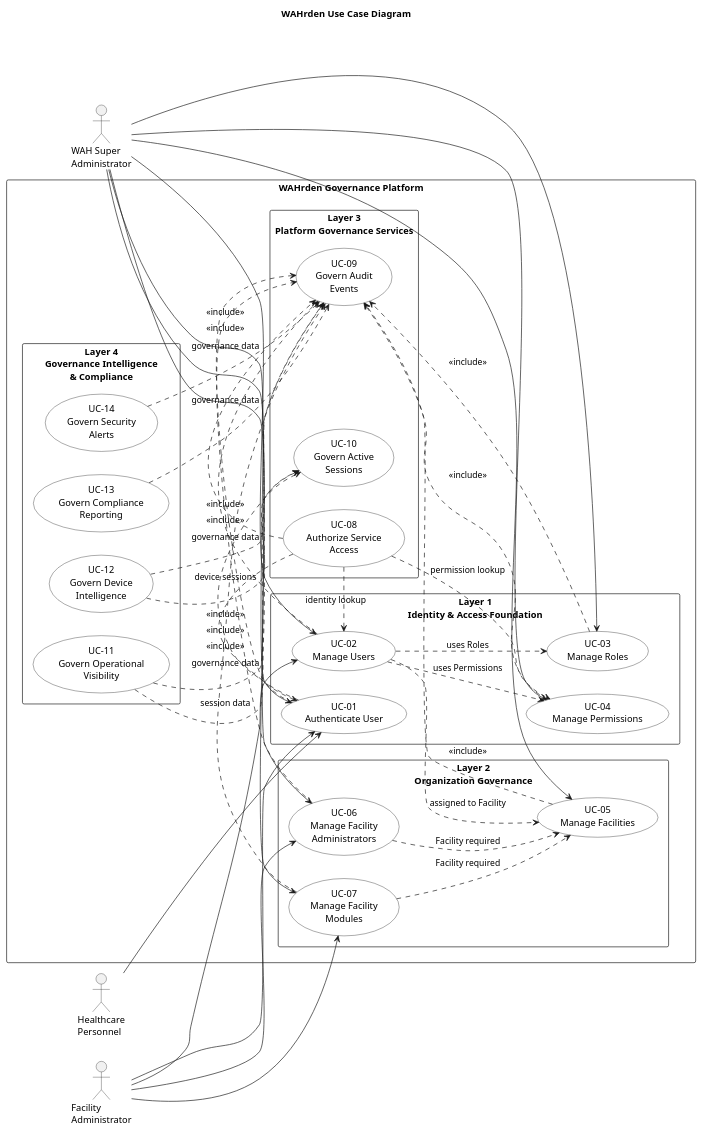
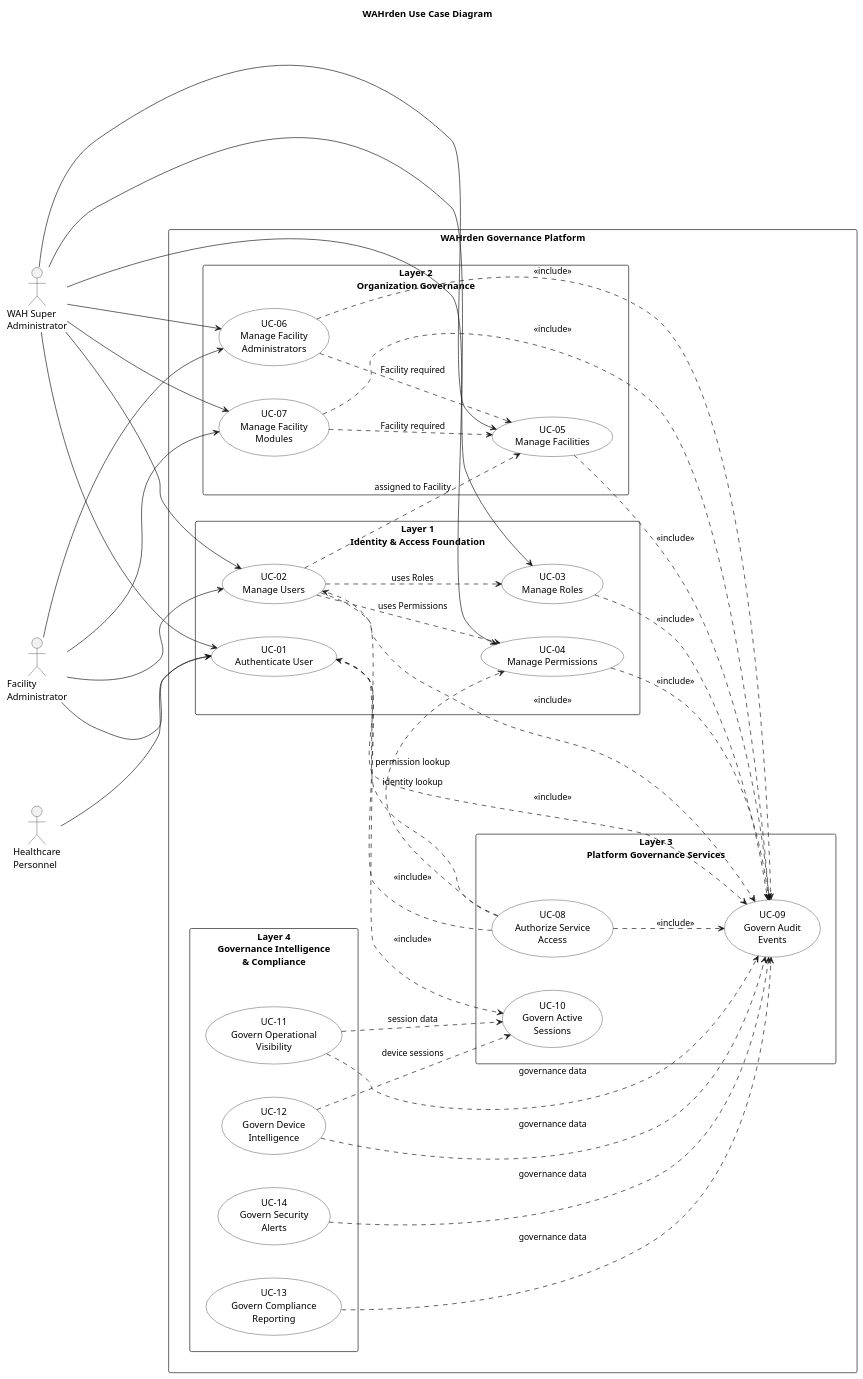
The diagram in WAH4Security_draft.puml (APC-SoCIT/APC-2026-2027-T1-SF241-G05-WAH4Security), drawn with PlantUML before and after one commit.

Commit message:
Refactor WAHrden Use Case Diagram layout
Reordered actors and adjusted layout for better clarity. Increased spacing and organized use cases into packages for improved structure.

```diff
--- a/WAH4Security_draft.puml
+++ b/WAH4Security_draft.puml
@@ -1,112 +1,111 @@
 @startuml
 left to right direction
 skinparam packageStyle rectangle
 skinparam shadowing false
+
+' Increase spacing to give the natural curved lines room to route without crossing
+skinparam ranksep 90
+skinparam nodesep 50
+
 skinparam usecase {
     BackgroundColor White
     BorderColor Black
 }
- 
+
 title WAHrden Use Case Diagram
- 
+
+' Reordered actors to minimize crossed lines
+actor "WAH Super\nAdministrator" as SA
+actor "Facility\nAdministrator" as FA
 actor "Healthcare\nPersonnel" as HP
-actor "Facility\nAdministrator" as FA
-actor "WAH Super\nAdministrator" as SA
- 
+
 rectangle "WAHrden Governance Platform" {
- 
-package "Layer 1\nIdentity & Access Foundation" {
- 
-  usecase "UC-01\nAuthenticate User" as UC01
-  usecase "UC-02\nManage Users" as UC02
-  usecase "UC-03\nManage Roles" as UC03
-  usecase "UC-04\nManage Permissions" as UC04
- 
+
+    package "Layer 1\nIdentity & Access Foundation" as L1 {
+        usecase "UC-01\nAuthenticate User" as UC01
+        usecase "UC-02\nManage Users" as UC02
+        usecase "UC-03\nManage Roles" as UC03
+        usecase "UC-04\nManage Permissions" as UC04
+    }
+    
+    package "Layer 2\nOrganization Governance" as L2 {
+        usecase "UC-05\nManage Facilities" as UC05
+        usecase "UC-06\nManage Facility\nAdministrators" as UC06
+        usecase "UC-07\nManage Facility\nModules" as UC07
+    }
+    
+    package "Layer 3\nPlatform Governance Services" as L3 {
+        usecase "UC-08\nAuthorize Service\nAccess" as UC08
+        usecase "UC-09\nGovern Audit\nEvents" as UC09
+        usecase "UC-10\nGovern Active\nSessions" as UC10
+    }
+    
+    package "Layer 4\nGovernance Intelligence\n& Compliance" as L4 {
+        usecase "UC-11\nGovern Operational\nVisibility" as UC11
+        usecase "UC-12\nGovern Device\nIntelligence" as UC12
+        usecase "UC-13\nGovern Compliance\nReporting" as UC13
+        usecase "UC-14\nGovern Security\nAlerts" as UC14
+    }
+    
+    ' Force layers to stack vertically for a cleaner hierarchy
+    L1 -[hidden]down- L2
+    L2 -[hidden]down- L3
+    L3 -[hidden]down- L4
 }
- 
-package "Layer 2\nOrganization Governance" {
- 
-  usecase "UC-05\nManage Facilities" as UC05
-  usecase "UC-06\nManage Facility\nAdministrators" as UC06
-  usecase "UC-07\nManage Facility\nModules" as UC07
- 
-}
- 
-package "Layer 3\nPlatform Governance Services" {
- 
-  usecase "UC-08\nAuthorize Service\nAccess" as UC08
-  usecase "UC-09\nGovern Audit\nEvents" as UC09
-  usecase "UC-10\nGovern Active\nSessions" as UC10
- 
-}
- 
-package "Layer 4\nGovernance Intelligence\n& Compliance" {
- 
-  usecase "UC-11\nGovern Operational\nVisibility" as UC11
-  usecase "UC-12\nGovern Device\nIntelligence" as UC12
-  usecase "UC-13\nGovern Compliance\nReporting" as UC13
-  usecase "UC-14\nGovern Security\nAlerts" as UC14
- 
-}
- 
-}
- 
+
 '========================
-' Actor Relationships
+' Actor Relationships (Lengthened for better spacing)
 '========================
- 
-HP --> UC01
- 
-FA --> UC01
-FA --> UC02
-FA --> UC06
-FA --> UC07
- 
-SA --> UC01
-SA --> UC02
-SA --> UC03
-SA --> UC04
-SA --> UC05
-SA --> UC06
-SA --> UC07
- 
+SA ---> UC01
+SA ---> UC02
+SA ---> UC03
+SA ---> UC04
+SA ---> UC05
+SA ---> UC06
+SA ---> UC07
+
+FA ---> UC01
+FA ---> UC02
+FA ---> UC06
+FA ---> UC07
+
+HP ---> UC01
+
 '========================
 ' Core Platform Relationships
 '========================
- 
-UC01 .> UC09 : <<include>>
-UC01 .> UC10 : <<include>>
- 
-UC02 .> UC09 : <<include>>
-UC03 .> UC09 : <<include>>
-UC04 .> UC09 : <<include>>
-UC05 .> UC09 : <<include>>
-UC06 .> UC09 : <<include>>
-UC07 .> UC09 : <<include>>
-UC08 .> UC09 : <<include>>
- 
-UC08 .> UC01 : <<include>>
- 
+UC01 ..> UC09 : <<include>>
+UC01 ..> UC10 : <<include>>
+
+UC02 ..> UC09 : <<include>>
+UC03 ..> UC09 : <<include>>
+UC04 ..> UC09 : <<include>>
+UC05 ..> UC09 : <<include>>
+UC06 ..> UC09 : <<include>>
+UC07 ..> UC09 : <<include>>
+UC08 ..> UC09 : <<include>>
+
+UC08 ..> UC01 : <<include>>
+
 '========================
 ' Dependencies
 '========================
- 
 UC02 ..> UC03 : uses Roles
 UC02 ..> UC04 : uses Permissions
 UC02 ..> UC05 : assigned to Facility
- 
+
 UC06 ..> UC05 : Facility required
 UC07 ..> UC05 : Facility required
- 
+
 UC08 ..> UC02 : identity lookup
 UC08 ..> UC04 : permission lookup
- 
+
 UC11 ..> UC09 : governance data
 UC12 ..> UC09 : governance data
 UC13 ..> UC09 : governance data
 UC14 ..> UC09 : governance data
- 
+
 UC11 ..> UC10 : session data
 UC12 ..> UC10 : device sessions
- 
+
 @enduml
```
